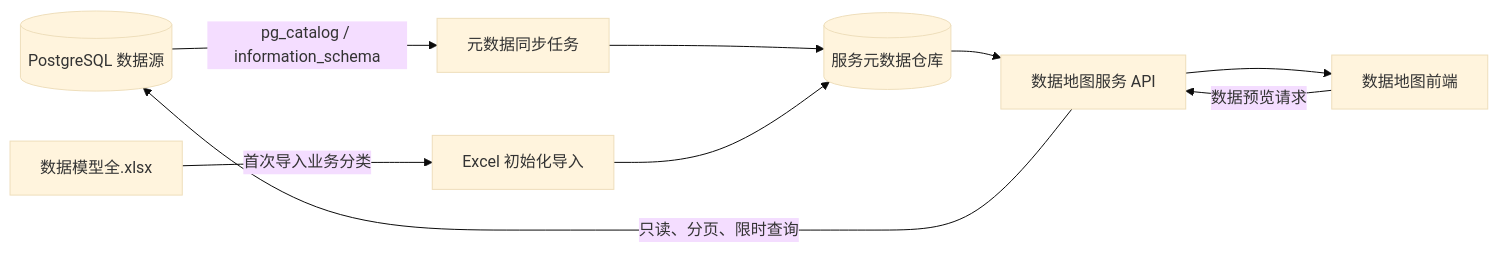
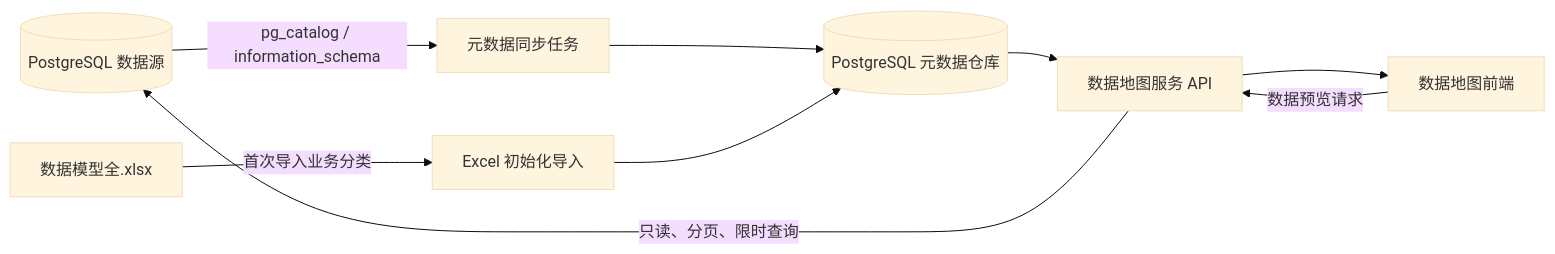
One commit to LSRrun/datamap changed the diagram in plan3/元数据服务改造计划.md. Above: the diagram before and after it, drawn with Mermaid (base theme). The commit also changed other lines of this file and 12 other files, not shown here.

````diff
--- a/plan3/元数据服务改造计划.md
+++ b/plan3/元数据服务改造计划.md
@@ -47,19 +50,19 @@
 ```mermaid
 flowchart LR
     PG[(PostgreSQL 数据源)]
     EXCEL[数据模型全.xlsx]
     SYNC[元数据同步任务]
     IMPORT[Excel 初始化导入]
-    REPO[(服务元数据仓库)]
+    REPO[(PostgreSQL 元数据仓库)]
     API[数据地图服务 API]
     UI[数据地图前端]
 
     PG -->|pg_catalog / information_schema| SYNC
     EXCEL -->|首次导入业务分类| IMPORT
     SYNC --> REPO
     IMPORT --> REPO
     REPO --> API
     API --> UI
     UI -->|数据预览请求| API
     API -->|只读、分页、限时查询| PG
 ```
````
